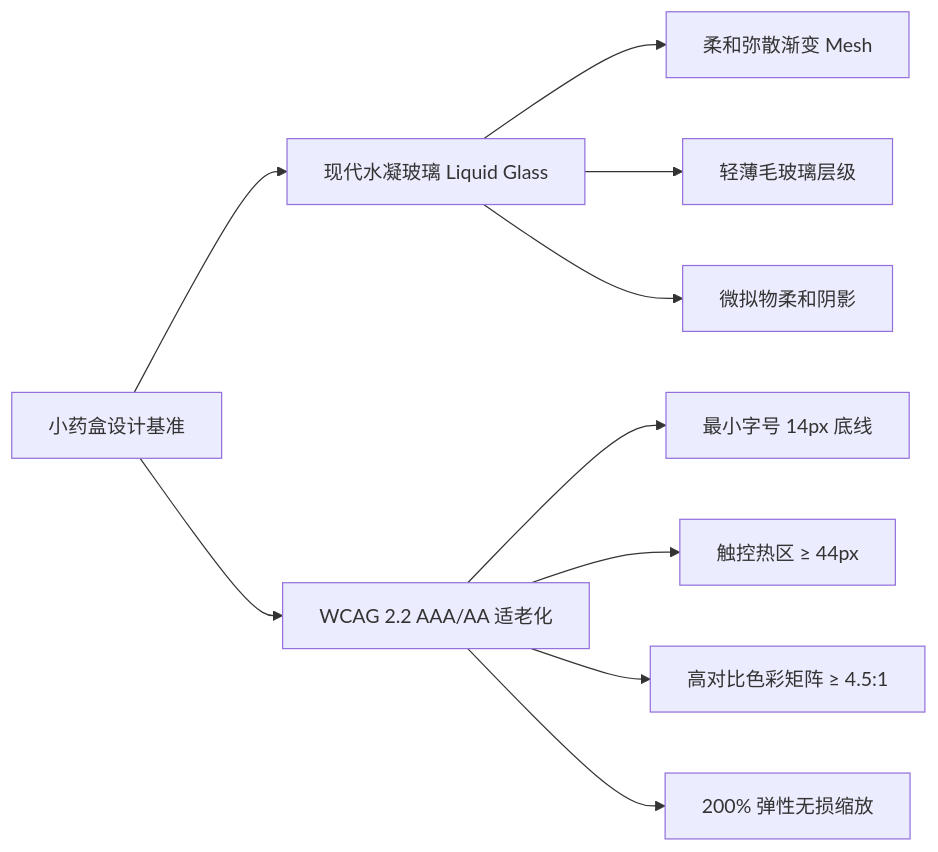
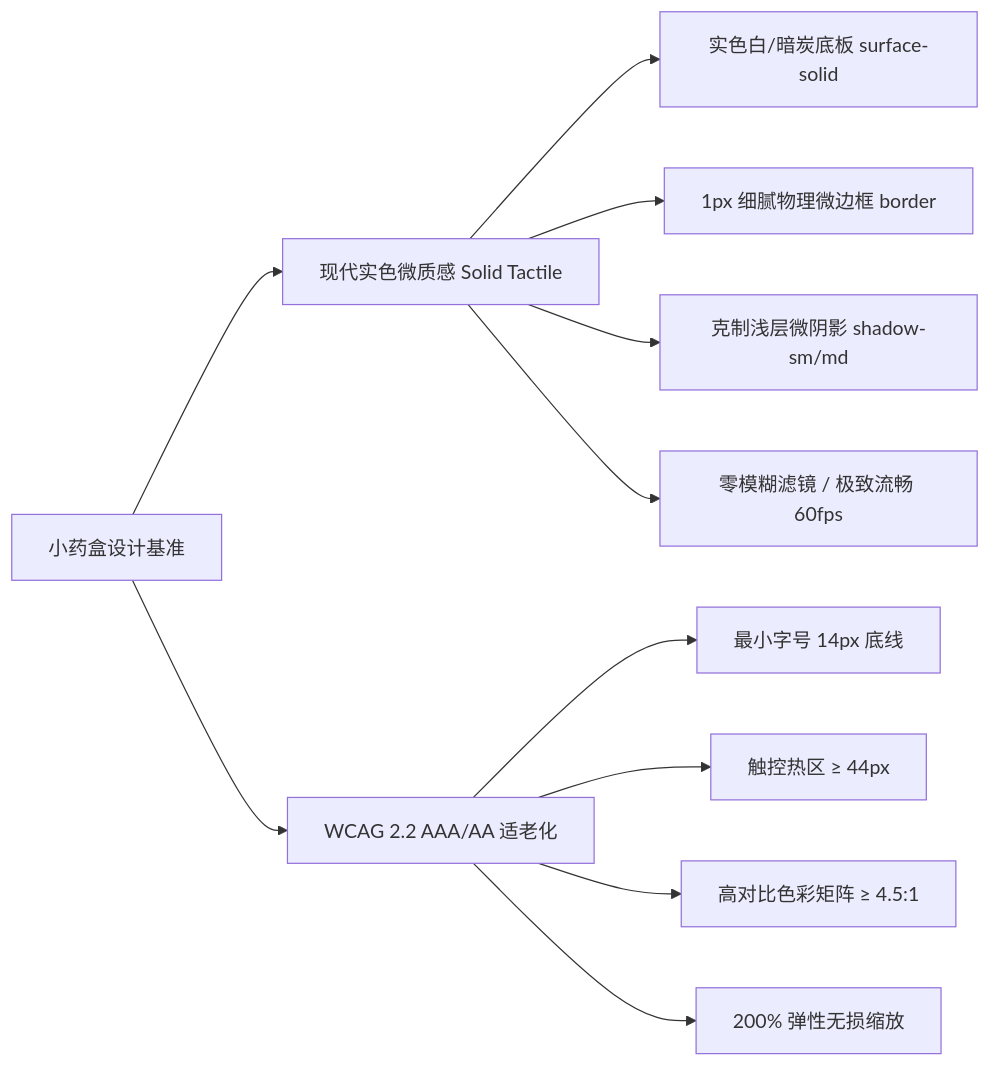
Before and after one commit to Misakii1k/xiaoyaohe: the first of 3 diagrams in design/design.md, drawn with Mermaid. The commit also changed other lines of this file and 29 other files, not shown here.

````diff
--- a/design/design.md
+++ b/design/design.md
@@ -28,14 +28,15 @@
 ```mermaid
 graph LR
-  A[小药盒设计基准] --> B[现代水凝玻璃 Liquid Glass]
+  A[小药盒设计基准] --> B[现代实色微质感 Solid Tactile]
   A --> C[WCAG 2.2 AAA/AA 适老化]
   
-  B --> B1[柔和弥散渐变 Mesh]
-  B --> B2[轻薄毛玻璃层级]
-  B --> B3[微拟物柔和阴影]
+  B --> B1[实色白/暗炭底板 surface-solid]
+  B --> B2[1px 细腻物理微边框 border]
+  B --> B3[克制浅层微阴影 shadow-sm/md]
+  B --> B4[零模糊滤镜 / 极致流畅 60fps]
   
   C --> C1[最小字号 14px 底线]
   C --> C2[触控热区 ≥ 44px]
   C --> C3[高对比色彩矩阵 ≥ 4.5:1]
   C --> C4[200% 弹性无损缩放]
 ```
````
